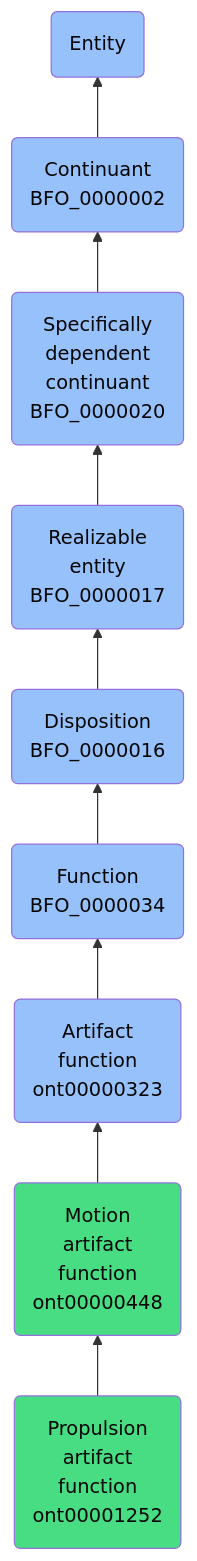
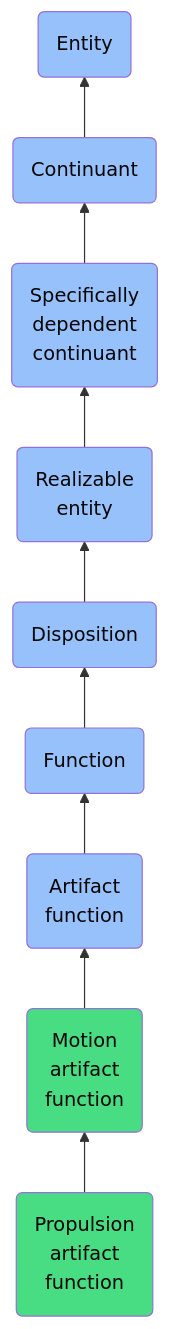
Before and after one commit to jupyter-naas/abi: the diagram in docs/ontology/reference/model/Entity/Continuant/Specifically dependent continuant/Realizable entity/Disposition/Function/Artifact function/Motion artifact function/Propulsion artifact function/Propulsion artifact function.md, drawn with Mermaid. The commit also changed other lines of this file and 1430 other files, not shown here.

````diff
--- a/docs/ontology/reference/model/Entity/Continuant/Specifically dependent continuant/Realizable entity/Disposition/Function/Artifact function/Motion artifact function/Propulsion artifact function/Propulsion artifact function.md
+++ b/docs/ontology/reference/model/Entity/Continuant/Specifically dependent continuant/Realizable entity/Disposition/Function/Artifact function/Motion artifact function/Propulsion artifact function/Propulsion artifact function.md
@@ -24,16 +24,16 @@
 ```mermaid
 graph BT
-    ont00001252(Propulsion<br>artifact<br>function<br>ont00001252):::ABI-->ont00000448
-    ont00000448(Motion<br>artifact<br>function<br>ont00000448):::ABI-->ont00000323
-    ont00000323(Artifact<br>function<br>ont00000323):::BFO-->BFO_0000034
-    BFO_0000034(Function<br>BFO_0000034):::BFO-->BFO_0000016
-    BFO_0000016(Disposition<br>BFO_0000016):::BFO-->BFO_0000017
-    BFO_0000017(Realizable<br>entity<br>BFO_0000017):::BFO-->BFO_0000020
-    BFO_0000020(Specifically<br>dependent<br>continuant<br>BFO_0000020):::BFO-->BFO_0000002
-    BFO_0000002(Continuant<br>BFO_0000002):::BFO-->BFO_0000001
+    ont00001252(Propulsion<br>artifact<br>function):::ABI-->ont00000448
+    ont00000448(Motion<br>artifact<br>function):::ABI-->ont00000323
+    ont00000323(Artifact<br>function):::BFO-->BFO_0000034
+    BFO_0000034(Function):::BFO-->BFO_0000016
+    BFO_0000016(Disposition):::BFO-->BFO_0000017
+    BFO_0000017(Realizable<br>entity):::BFO-->BFO_0000020
+    BFO_0000020(Specifically<br>dependent<br>continuant):::BFO-->BFO_0000002
+    BFO_0000002(Continuant):::BFO-->BFO_0000001
     BFO_0000001(Entity):::BFO
     
     classDef BFO fill:#97c1fb,color:#060606
     classDef CCO fill:#e4c51e,color:#060606
     classDef ABI fill:#48DD82,color:#060606
 ```
````
